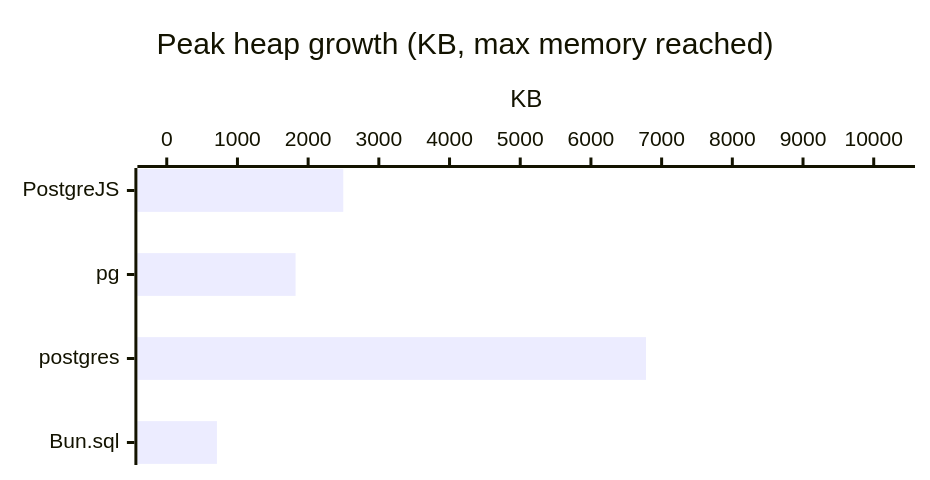
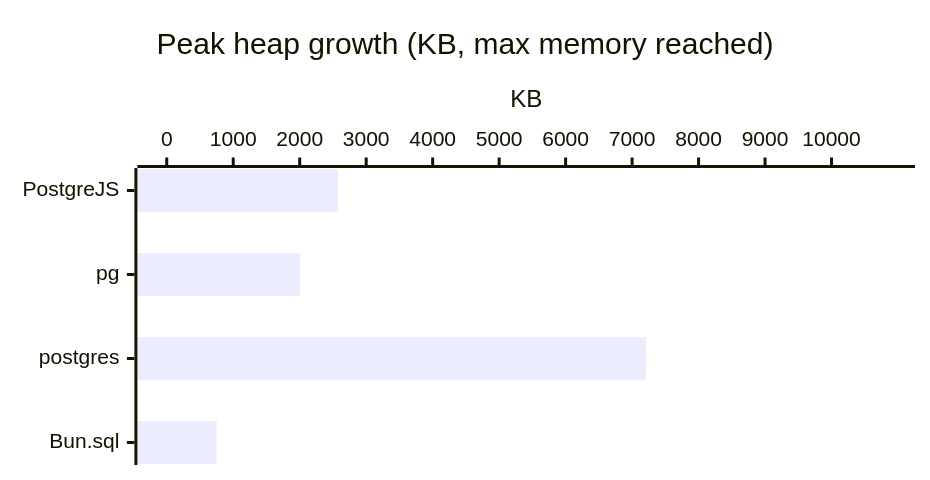
The third of 47 diagrams in doc/BENCHMARKS-bun.md (panates/postgrejs), drawn with Mermaid before and after one commit. The commit also changed other lines of this file and 1 other file, not shown here.

````diff
--- a/doc/BENCHMARKS-bun.md
+++ b/doc/BENCHMARKS-bun.md
@@ -112,8 +114,8 @@
 ```mermaid
 %%{init: {'xyChart': {'width': 600, 'height': 300, 'chartOrientation': 'horizontal'}}}%%
 xychart-beta
     title "Peak heap growth (KB, max memory reached)"
     x-axis ["PostgreJS", "pg", "postgres", "Bun.sql"]
-    y-axis "KB" 0.0000 --> 10168.6597
-    bar [2496.8477, 1822.3213, 6779.1064, 709.6396]
+    y-axis "KB" 0.0000 --> 10813.8882
+    bar [2576.1143, 2001.2666, 7209.2588, 751.8633]
 ```
````
